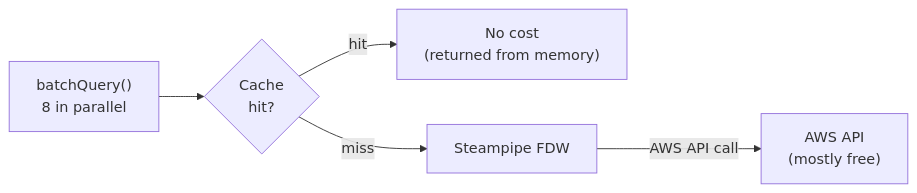
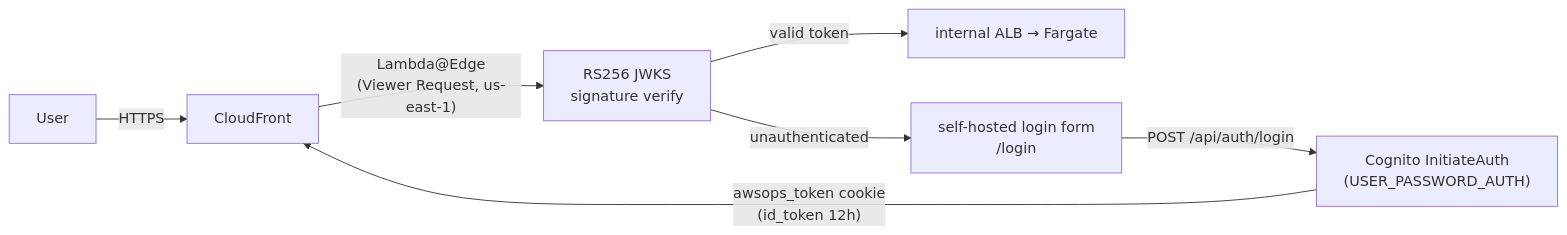
Before and after one commit to Atom-oh/awsops: the fourth of 4 diagrams in docs-site/i18n/en/docusaurus-plugin-content-docs/current/faq/architecture.md, drawn with Mermaid. The commit also changed other lines of this file and 14 other files, not shown here.

````diff
--- a/docs-site/i18n/en/docusaurus-plugin-content-docs/current/faq/architecture.md
+++ b/docs-site/i18n/en/docusaurus-plugin-content-docs/current/faq/architecture.md
@@ -729,7 +155,9 @@
 ```mermaid
 flowchart LR
-  BQ["batchQuery()<br/>8 in parallel"] --> CACHE{"Cache<br/>hit?"}
-  CACHE -->|"hit"| FREE["No cost<br/>(returned from memory)"]
-  CACHE -->|"miss"| SP["Steampipe FDW"]
-  SP -->|"AWS API call"| AWS["AWS API<br/>(mostly free)"]
+  USER["User"] -->|"HTTPS"| CF["CloudFront"]
+  CF -->|"Lambda@Edge<br/>(Viewer Request, us-east-1)"| EDGE["RS256 JWKS<br/>signature verify"]
+  EDGE -->|"valid token"| ALB["internal ALB → Fargate"]
+  EDGE -->|"unauthenticated"| LOGIN["self-hosted login form<br/>/login"]
+  LOGIN -->|"POST /api/auth/login"| AUTH["Cognito InitiateAuth<br/>(USER_PASSWORD_AUTH)"]
+  AUTH -->|"awsops_token cookie<br/>(id_token 12h)"| CF
 ```
````
